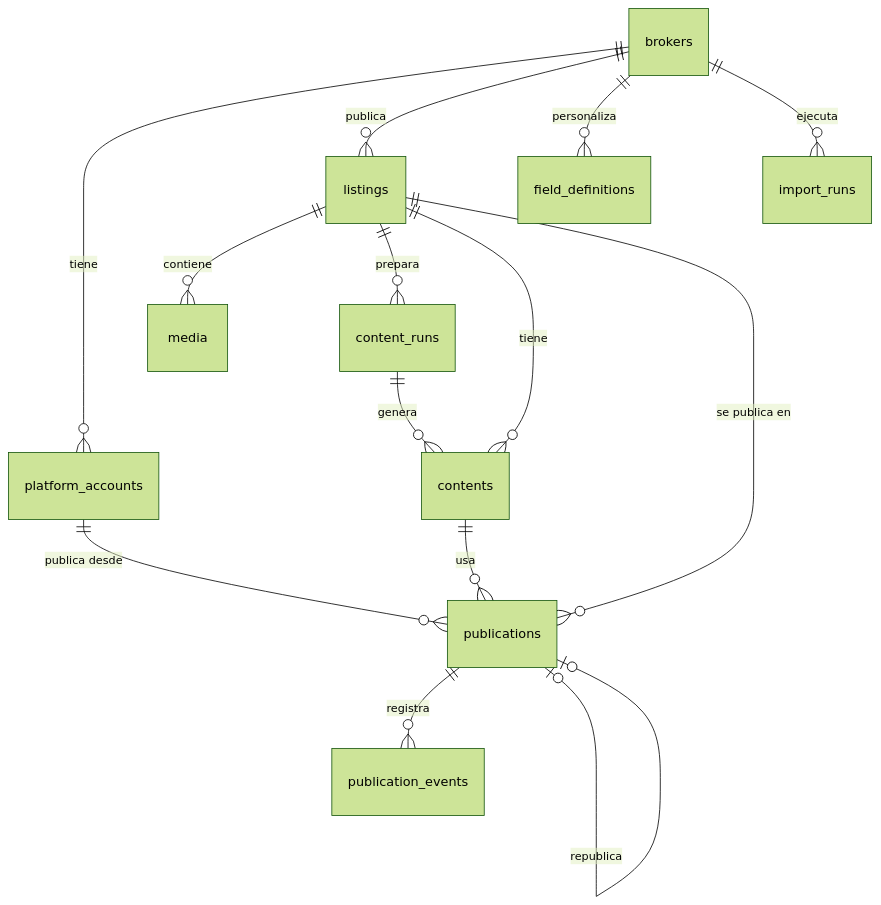
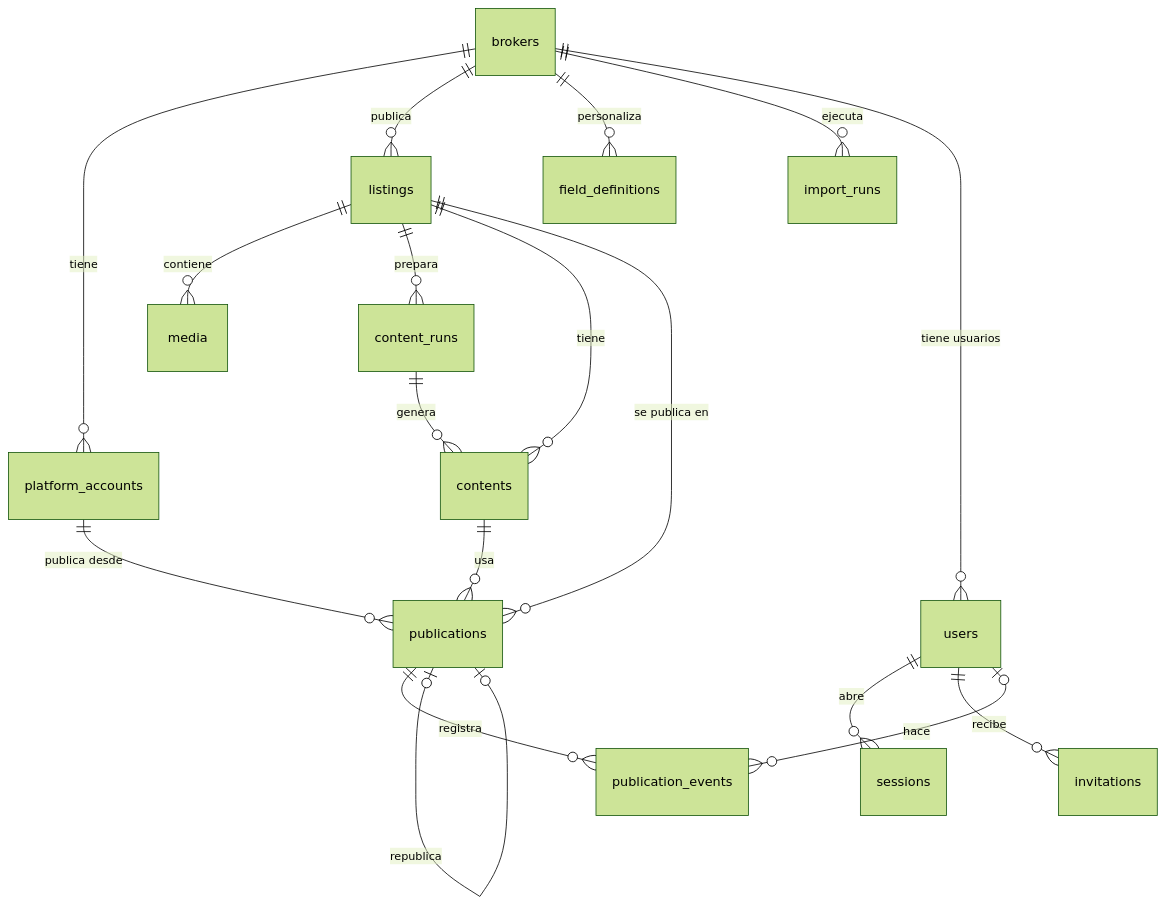
Before and after one commit to vicentewolde/AgentSales: the diagram in docs/02-modelo-datos.md, drawn with Mermaid (forest theme). The commit also changed other lines of this file and 62 other files, not shown here.

````diff
--- a/docs/02-modelo-datos.md
+++ b/docs/02-modelo-datos.md
@@ -9,16 +9,20 @@
 ```mermaid
 erDiagram
   brokers ||--o{ platform_accounts : tiene
   brokers ||--o{ listings : publica
   brokers ||--o{ field_definitions : personaliza
   brokers ||--o{ import_runs : ejecuta
   listings ||--o{ media : contiene
   listings ||--o{ content_runs : prepara
   content_runs ||--o{ contents : genera
   listings ||--o{ contents : tiene
   listings ||--o{ publications : "se publica en"
   platform_accounts ||--o{ publications : "publica desde"
   contents ||--o{ publications : usa
   publications ||--o{ publication_events : registra
   publications |o--o| publications : republica
+  brokers ||--o{ users : "tiene usuarios"
+  users ||--o{ sessions : abre
+  users ||--o{ invitations : recibe
+  users |o--o{ publication_events : hace
 ```
````
